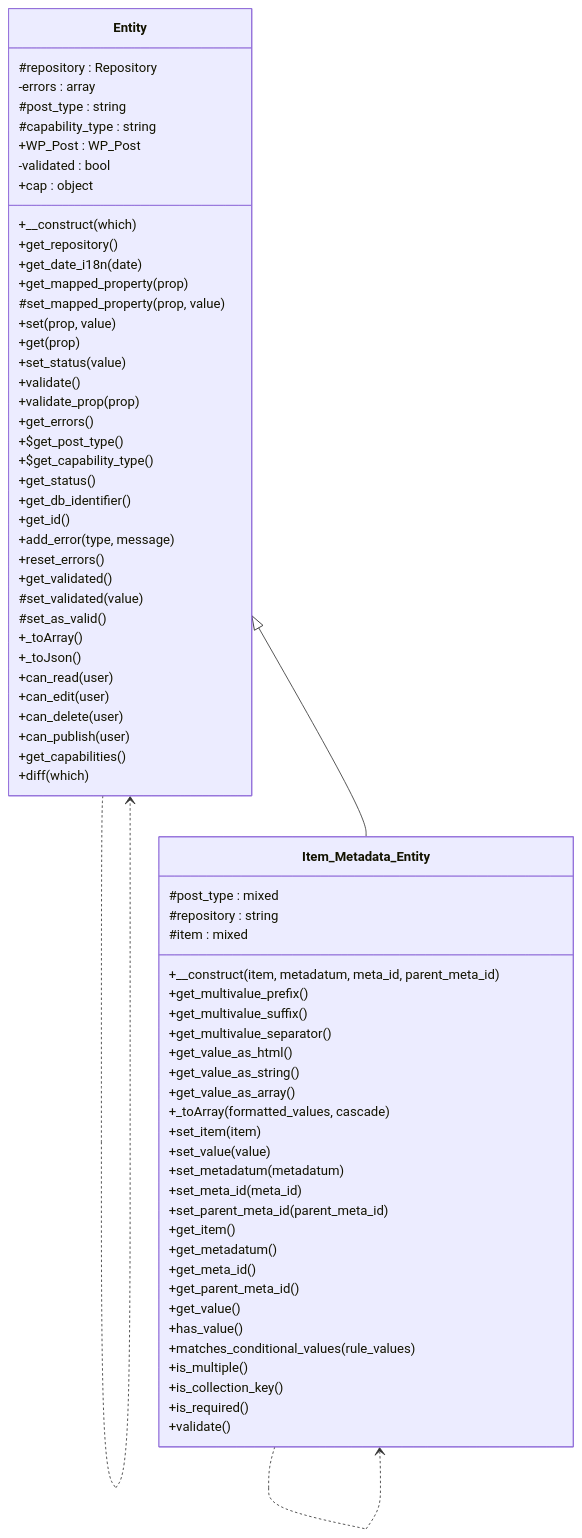
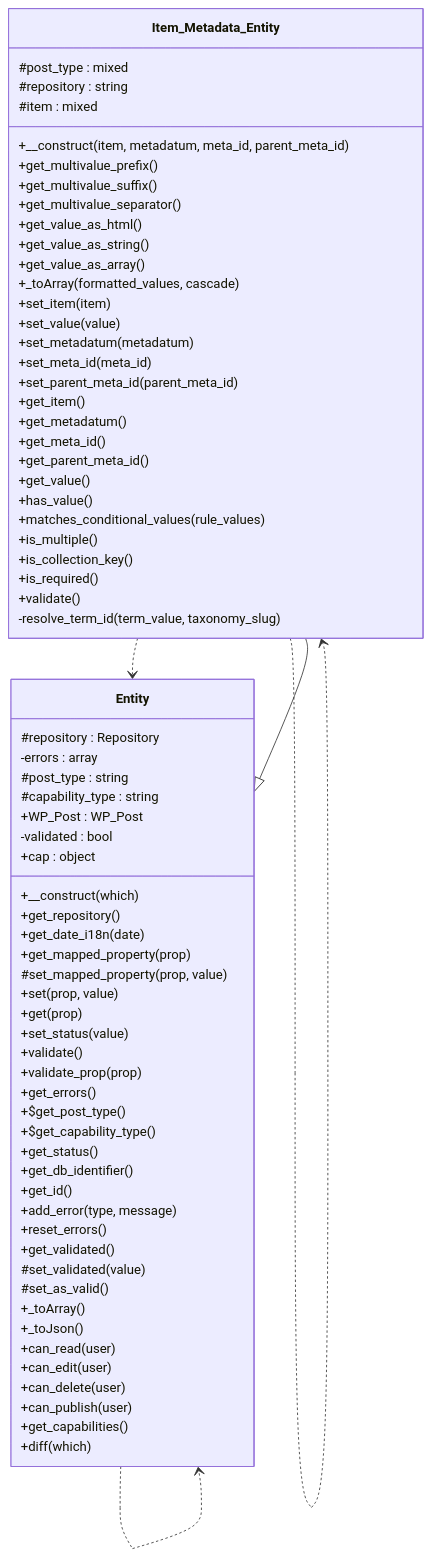
One commit to tainacan/tainacan changed the diagram in docs/phpdoc/classes/Tainacan/Entities/Item_Metadata_Entity.md. Above: the diagram before and after it, drawn with Mermaid. The commit also changed other lines of this file and 96 other files, not shown here.

````diff
--- a/docs/phpdoc/classes/Tainacan/Entities/Item_Metadata_Entity.md
+++ b/docs/phpdoc/classes/Tainacan/Entities/Item_Metadata_Entity.md
@@ -15,74 +15,76 @@
 ```mermaid
 classDiagram
     direction TB
     class Item_Metadata_Entity {
         #post_type : mixed
         #repository : string
         #item : mixed
         +__construct(item, metadatum, meta_id, parent_meta_id)
         +get_multivalue_prefix()
         +get_multivalue_suffix()
         +get_multivalue_separator()
         +get_value_as_html()
         +get_value_as_string()
         +get_value_as_array()
         +_toArray(formatted_values, cascade)
         +set_item(item)
         +set_value(value)
         +set_metadatum(metadatum)
         +set_meta_id(meta_id)
         +set_parent_meta_id(parent_meta_id)
         +get_item()
         +get_metadatum()
         +get_meta_id()
         +get_parent_meta_id()
         +get_value()
         +has_value()
         +matches_conditional_values(rule_values)
         +is_multiple()
         +is_collection_key()
         +is_required()
         +validate()
+        -resolve_term_id(term_value, taxonomy_slug)
     }
     class Entity {
         #repository : Repository
         -errors : array
         #post_type : string
         #capability_type : string
         +WP_Post : WP_Post
         -validated : bool
         +cap : object
         +__construct(which)
         +get_repository()
         +get_date_i18n(date)
         +get_mapped_property(prop)
         #set_mapped_property(prop, value)
         +set(prop, value)
         +get(prop)
         +set_status(value)
         +validate()
         +validate_prop(prop)
         +get_errors()
         +$get_post_type()
         +$get_capability_type()
         +get_status()
         +get_db_identifier()
         +get_id()
         +add_error(type, message)
         +reset_errors()
         +get_validated()
         #set_validated(value)
         #set_as_valid()
         +_toArray()
         +_toJson()
         +can_read(user)
         +can_edit(user)
         +can_delete(user)
         +can_publish(user)
         +get_capabilities()
         +diff(which)
     }
     Entity ..> Entity
     Entity <|-- Item_Metadata_Entity
+    Item_Metadata_Entity ..> Entity
     Item_Metadata_Entity ..> Item_Metadata_Entity
 ```
````
